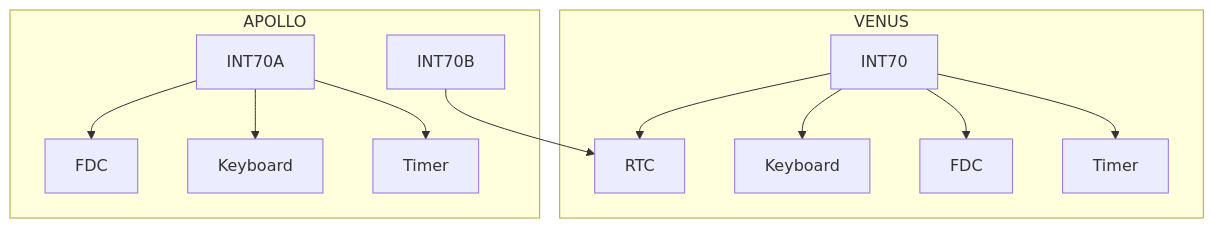
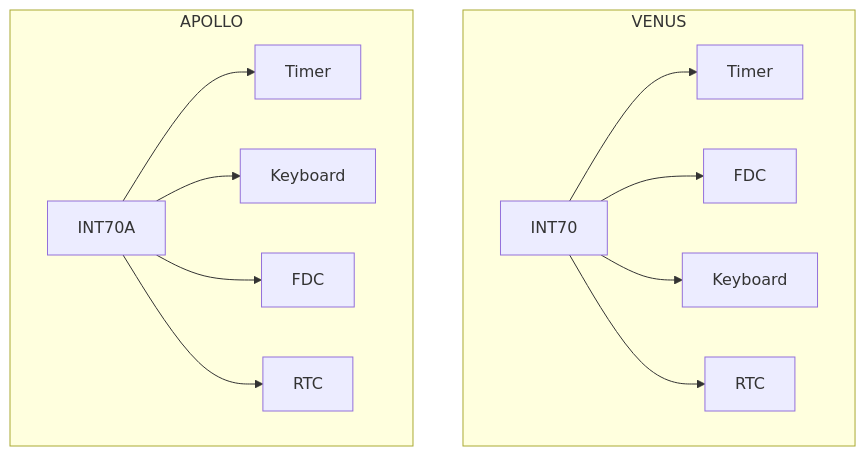
Before and after one commit to pradavic-1972/epson-qx16-research: the second of 2 diagrams in Reverse Engineering/QX11-QX16-Comparison.md, drawn with Mermaid.

Commit message:
Update RTC connection in QX16 subgraph

````diff
--- a/Reverse Engineering/QX11-QX16-Comparison.md
+++ b/Reverse Engineering/QX11-QX16-Comparison.md
@@ -192,17 +192,17 @@
 ```mermaid
 flowchart TB
 
 subgraph QX11["VENUS"]
     INT70 --> INT71["Timer"]
     INT70 --> INT74["FDC"]
     INT70 --> INT75["Keyboard"]
     INT70 --> INT7A["RTC"]
 end
 
 subgraph QX16["APOLLO"]
     INT70A --> INT71A["Timer"]
     INT70A --> INT74A["Keyboard"]
     INT70A --> INT76A["FDC"]
-    INT70B --> INT7A["RTC"]
+    INT70A --> INT7AA["RTC"]
 end
 ```
````
